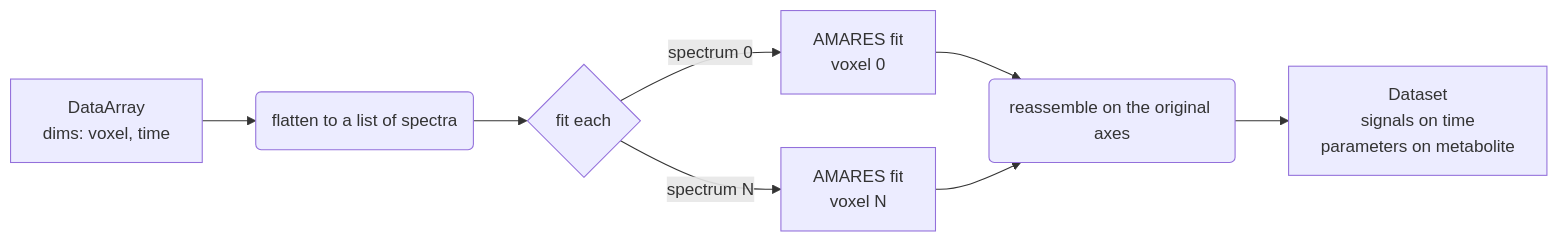
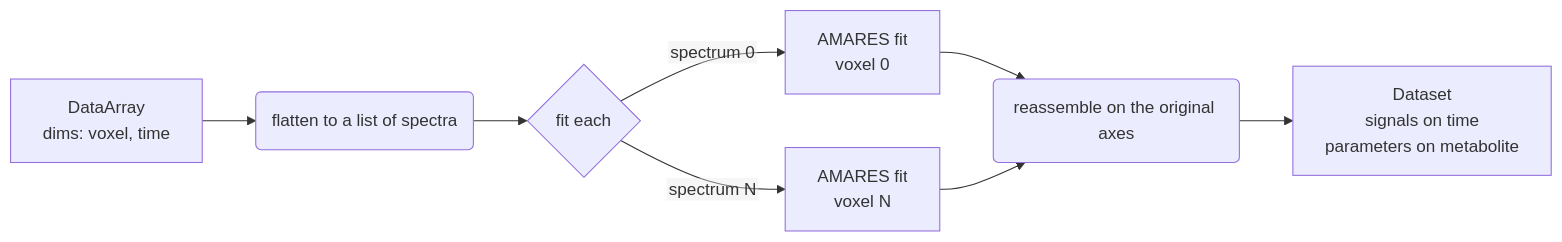
Before and after one commit to andrewendlinger/xmris: the diagram in docs/notebooks/fitting/pyamares.md, drawn with Mermaid.

Commit message:
docs(fitting): pin htmlLabels off on the AMARES dispatch diagram
mermaid is client-rendered, so the Safari label-clipping bug hits the
published site rather than the build. Matches the prelude main's own
diagrams carry.

````diff
--- a/docs/notebooks/fitting/pyamares.md
+++ b/docs/notebooks/fitting/pyamares.md
@@ -169,10 +169,11 @@
 ```{mermaid}
+%%{init: {'flowchart': {'htmlLabels': false}}}%%
 graph LR
     A["DataArray<br>dims: voxel, time"] --> B("flatten to a list of spectra")
     B --> C{"fit each"}
     C -->|"spectrum 0"| D["AMARES fit<br>voxel 0"]
     C -->|"spectrum N"| E["AMARES fit<br>voxel N"]
     D --> F("reassemble on the original axes")
     E --> F
     F --> G["Dataset<br>signals on time<br>parameters on metabolite"]
 ```
````
